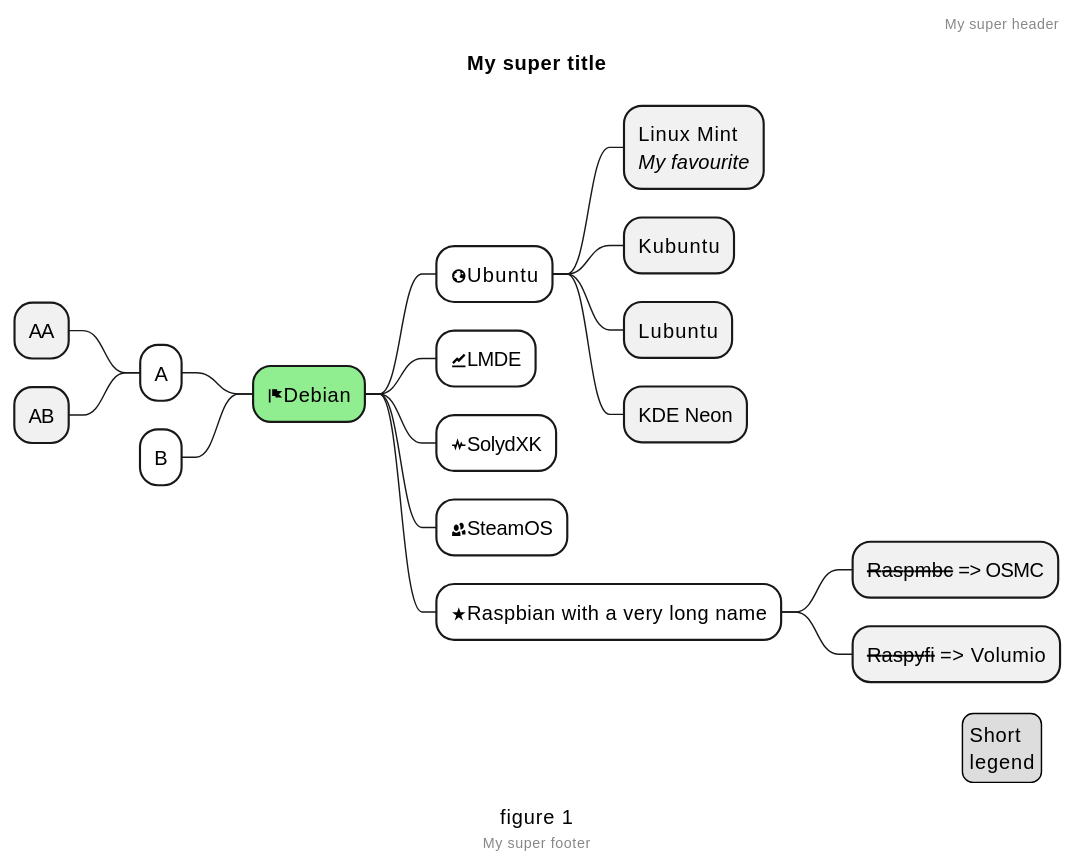
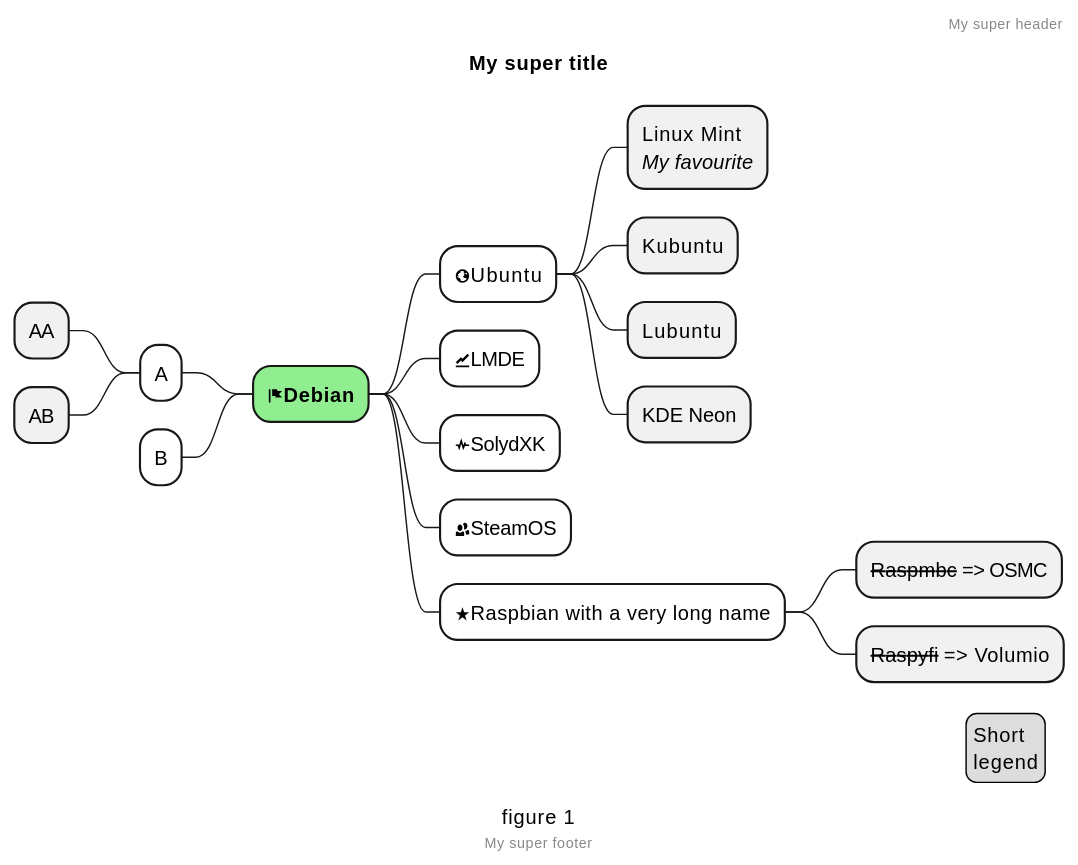
Diagram 14 of 29 in docs/test-md-library/diag.md (TotallyInformation/node-red-contrib-static-markdown), drawn with PlantUML before and after one commit. The commit also changed other lines of this file, not shown here.

Commit message:
More examples from PlantUML Stdlib

````diff
--- a/docs/test-md-library/diag.md
+++ b/docs/test-md-library/diag.md
@@ -423,50 +427,49 @@
 ```plantuml
 @startmindmap
 <style>
 mindmapDiagram {
     :depth(0) {
         BackgroundColor lightGreen
-        fontWeight bold
     }
     :depth(1) {
       BackGroundColor white
     }
 }
 </style>
 caption figure 1
 title My super title
 
-* <&flag>Debian
+* <b><&flag>Debian</b>
 ** <&globe>Ubuntu
 ***:Linux Mint
 <i>My favourite</i>;
 *** Kubuntu
 *** Lubuntu
 *** KDE Neon
 ** <&graph>LMDE
 ** <&pulse>SolydXK
 ** <&people>SteamOS
 ** <&star>Raspbian with a very long name
 *** <s>Raspmbc</s> => OSMC
 *** <s>Raspyfi</s> => Volumio
 
 
 left side
 
 ** A
 *** AA
 *** AB
 ** B
 
 header
 My super header
 endheader
 
 center footer My super footer
 
 legend right
   Short
   legend
 endlegend
 @endmindmap
 ```
````
